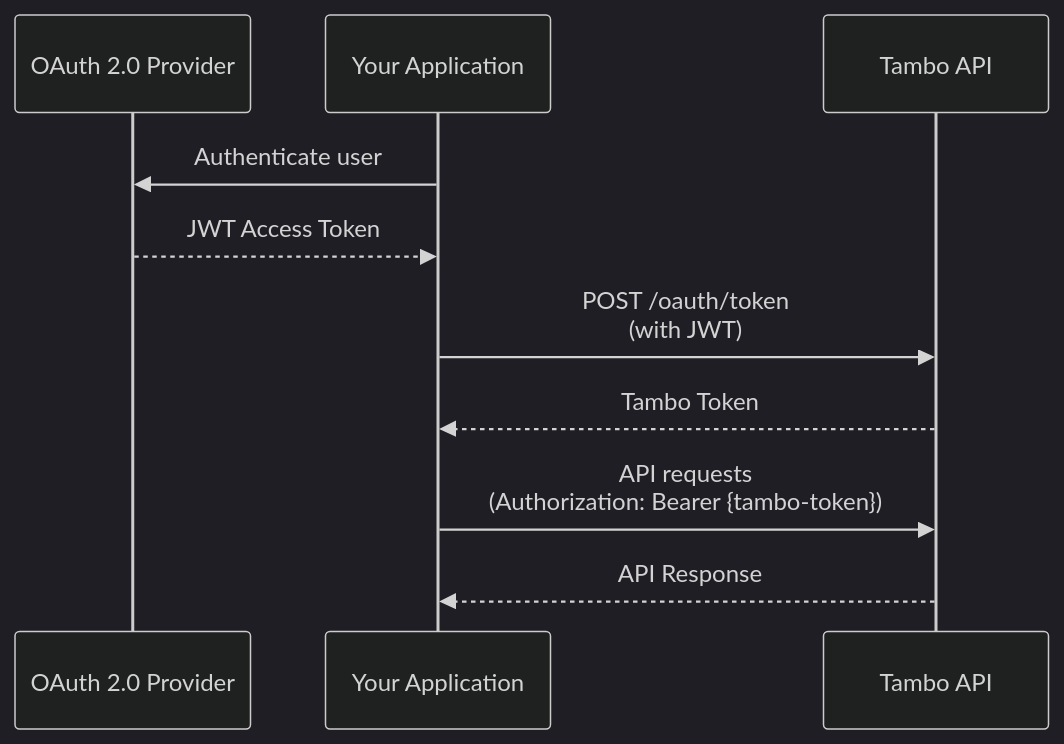
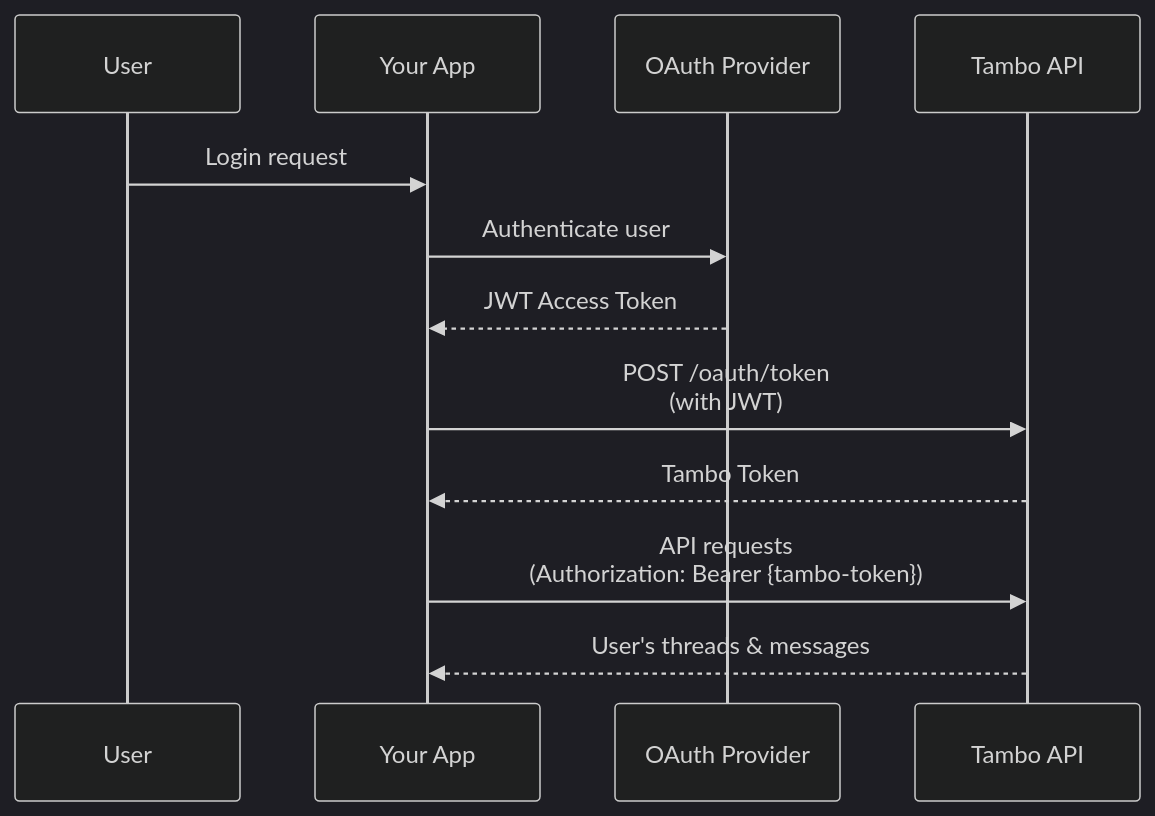
Before and after one commit to tambo-ai/tambo-cloud: the diagram in apps/web/content/docs/concepts/user-authentication/index.mdx, drawn with Mermaid (dark theme). The commit also changed other lines of this file and 7 other files, not shown here.

````diff
--- a/apps/web/content/docs/concepts/user-authentication/index.mdx
+++ b/apps/web/content/docs/concepts/user-authentication/index.mdx
@@ -43,15 +17,17 @@
 ```mermaid
 sequenceDiagram
-    participant OAuth as OAuth 2.0 Provider
-    participant App as Your Application
+    participant User as User
+    participant App as Your App
+    participant OAuth as OAuth Provider
     participant Tambo as Tambo API
 
+    User->>App: Login request
     App->>OAuth: Authenticate user
     OAuth-->>App: JWT Access Token
 
     App->>Tambo: POST /oauth/token<br/>(with JWT)
     Tambo-->>App: Tambo Token
 
     App->>Tambo: API requests<br/>(Authorization: Bearer {tambo-token})
-    Tambo-->>App: API Response
+    Tambo-->>App: User's threads & messages
 ```
````
